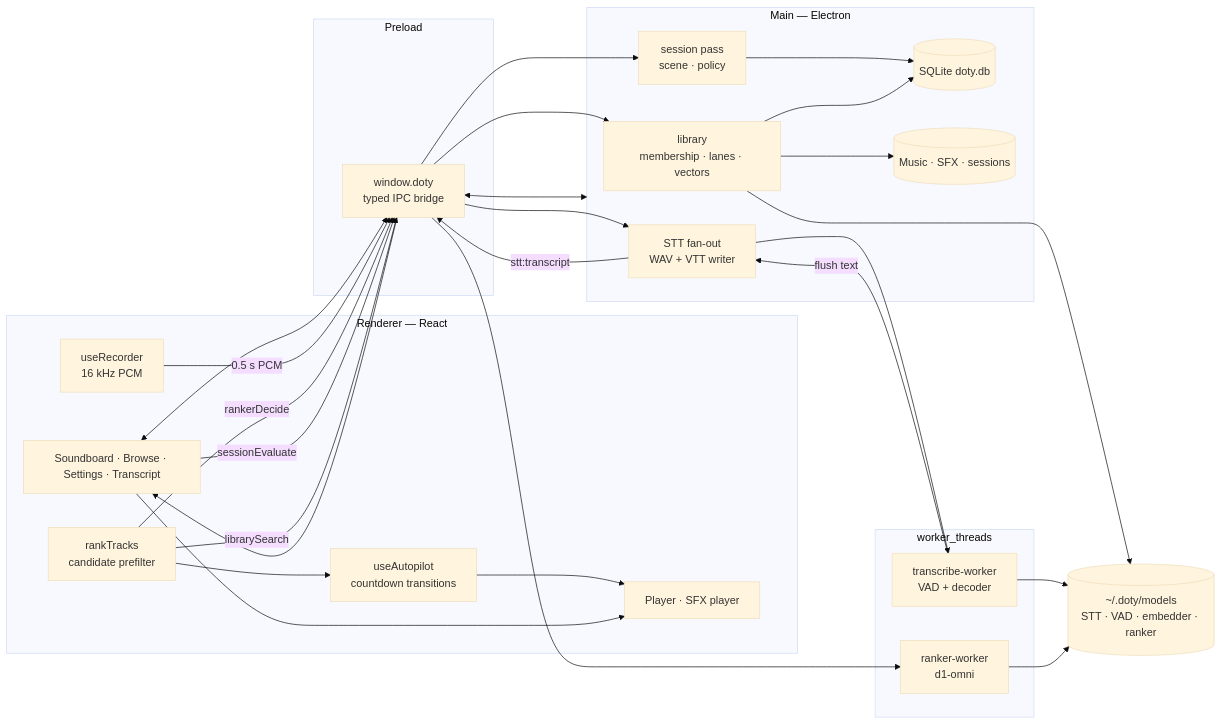
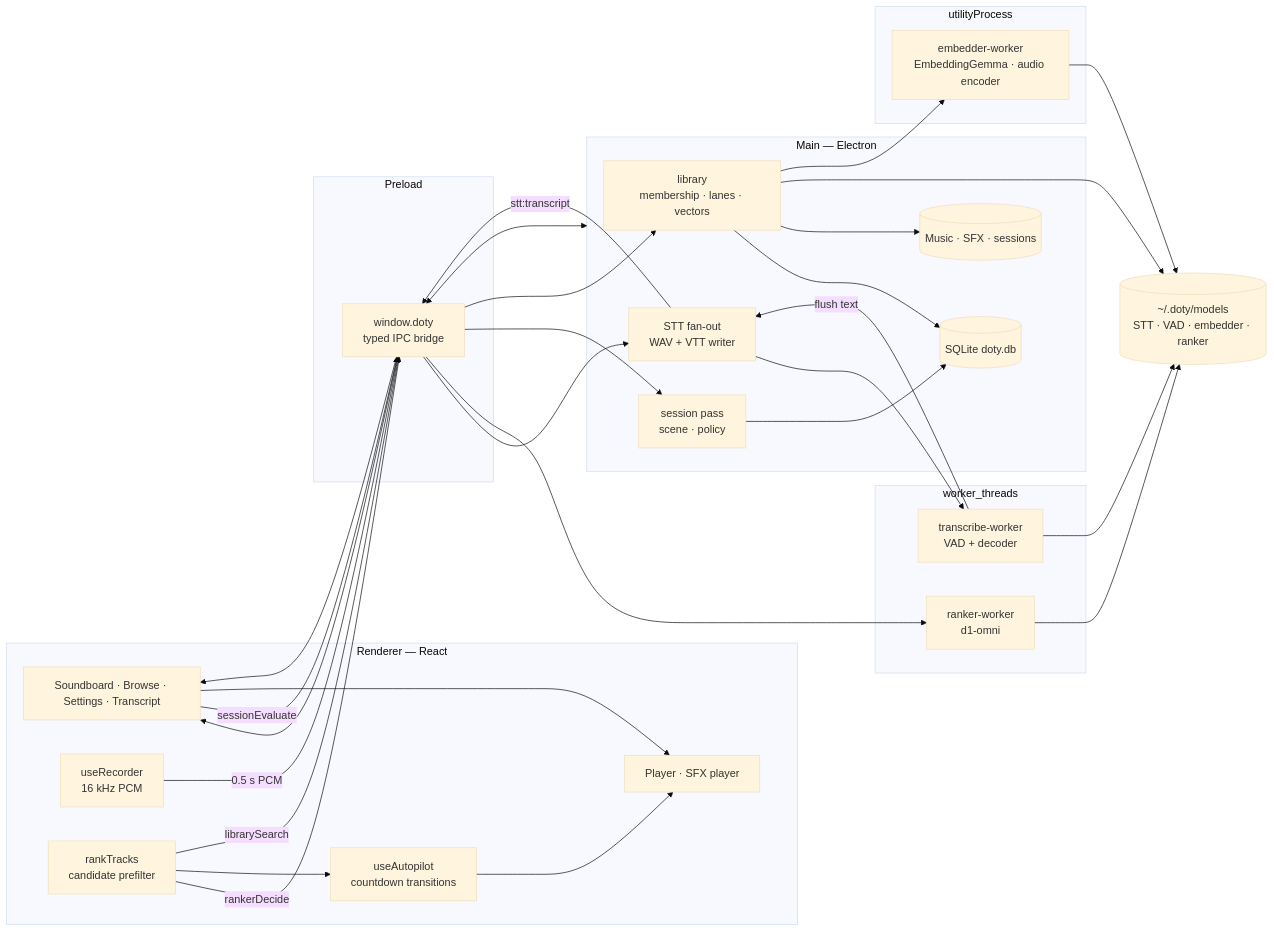
The first of 7 diagrams in docs/ARCHITECTURE.md (CodeAndJam/doty), drawn with Mermaid (base theme) before and after one commit. The commit also changed other lines of this file and 65 other files, not shown here.

````diff
--- a/docs/ARCHITECTURE.md
+++ b/docs/ARCHITECTURE.md
@@ -16,55 +21,61 @@
 ```mermaid
 flowchart LR
   subgraph renderer["Renderer — React"]
     UI[Soundboard · Browse · Settings · Transcript]
     REC[useRecorder<br/>16 kHz PCM]
     RANK[rankTracks<br/>candidate prefilter]
     AP[useAutopilot<br/>countdown transitions]
     PLAY[Player · SFX player]
   end
 
   subgraph preload["Preload"]
     API["window.doty<br/>typed IPC bridge"]
   end
 
   subgraph main["Main — Electron"]
     LIB[library<br/>membership · lanes · vectors]
     DIR[session pass<br/>scene · policy]
     ASRF[STT fan-out<br/>WAV + VTT writer]
     DB[(SQLite doty.db)]
     FS[(Music · SFX · sessions)]
   end
 
   subgraph workers["worker_threads"]
     STT[transcribe-worker<br/>VAD + decoder]
     RK[ranker-worker<br/>d1-omni]
   end
 
+  subgraph utility["utilityProcess"]
+    EMB[embedder-worker<br/>EmbeddingGemma · audio encoder]
+  end
+
   MODELS[(~/.doty/models<br/>STT · VAD · embedder · ranker)]
 
   UI <--> API
   API <--> main
   REC -->|0.5 s PCM| API
   API --> ASRF
   ASRF --> STT
   STT -->|flush text| ASRF
   ASRF -->|stt:transcript| API
   API --> UI
 
   RANK -->|rankerDecide| API
   API --> RK
   UI -->|sessionEvaluate| API
   API --> DIR
   DIR --> DB
   RANK --> AP
   AP --> PLAY
   UI --> PLAY
 
   LIB --> DB
   LIB --> FS
   LIB --> MODELS
+  LIB --> EMB
+  EMB --> MODELS
   STT --> MODELS
   RK --> MODELS
   RANK -->|librarySearch| API
   API --> LIB
 ```
````
